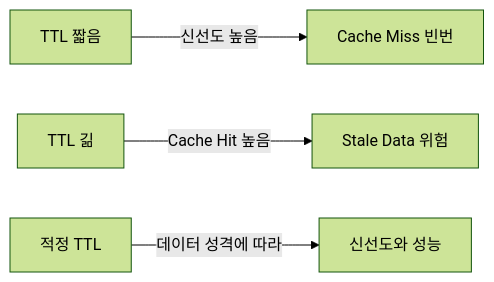
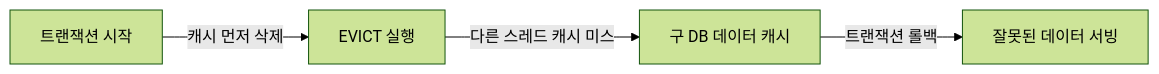
The second of 7 diagrams in _posts/caching/2026-05-03-cache-invalidation.md (yjkim2015/yjkim2015.github.io), drawn with Mermaid (forest theme) before and after one commit. The commit also changed other lines of this file and 4 other files, not shown here.

````diff
--- a/_posts/caching/2026-05-03-cache-invalidation.md
+++ b/_posts/caching/2026-05-03-cache-invalidation.md
@@ -46,6 +197,6 @@
 ```mermaid
 graph LR
-    A["TTL 짧음"] -->|"신선도 높음"| B["Cache Miss 빈번"]
-    C["TTL 긺"] -->|"Cache Hit 높음"| D["Stale Data 위험"]
-    E["적정 TTL"] -->|"데이터 성격에 따라"| F["신선도와 성능"]
+    Tx["트랜잭션 시작"] -->|"캐시 먼저 삭제"| Del["EVICT 실행"]
+    Del -->|"다른 스레드 캐시 미스"| Read["구 DB 데이터 캐시"]
+    Read -->|"트랜잭션 롤백"| Wrong["잘못된 데이터 서빙"]
 ```
````
